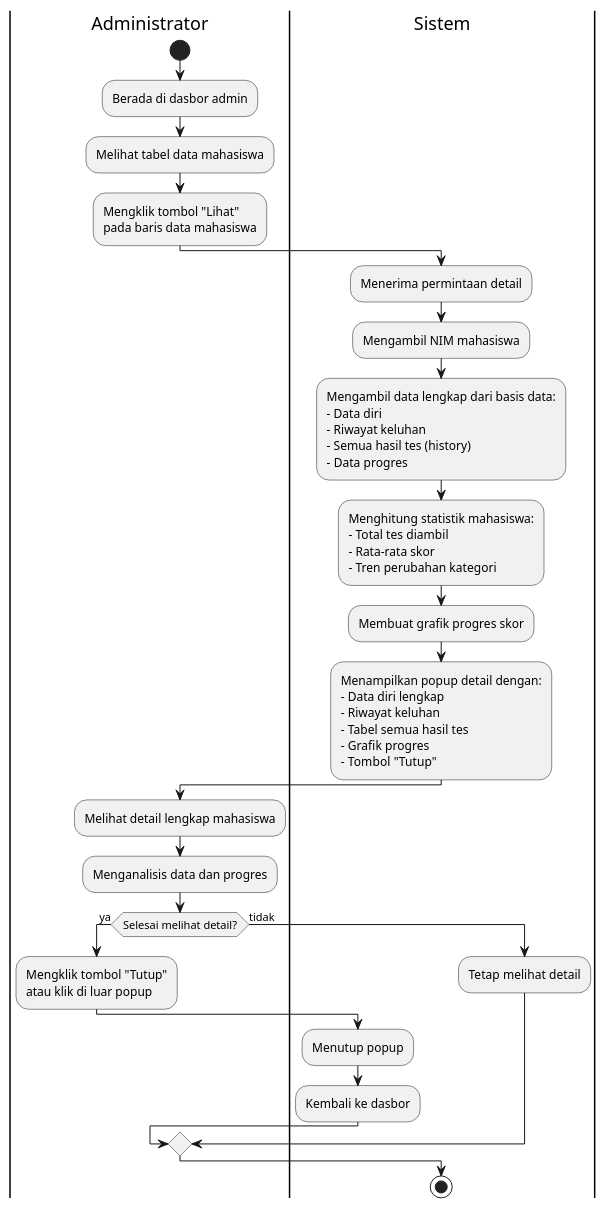
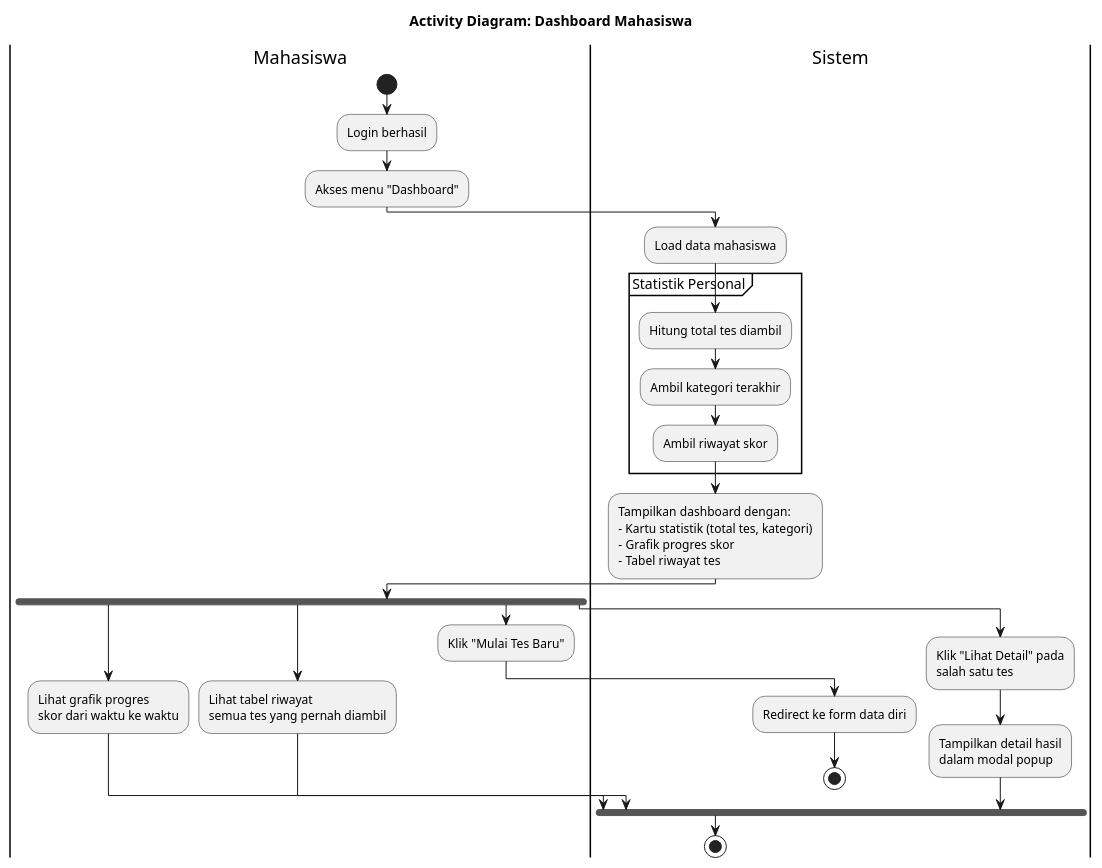
One commit to FathurrahmanAlHafid121140088/AsessmentOnlineITERA changed the sixth of 8 diagrams in documentation/01-backend/MENTAL_HEALTH_DIAGRAMS.md. Above: the diagram before and after it, drawn with PlantUML. The commit also changed other lines of this file and 32 other files, not shown here.

````diff
--- a/documentation/01-backend/MENTAL_HEALTH_DIAGRAMS.md
+++ b/documentation/01-backend/MENTAL_HEALTH_DIAGRAMS.md
@@ -947,54 +410,43 @@
 ```plantuml
 @startuml
-|Administrator|
+title Activity Diagram: Dashboard Mahasiswa
+
+|Mahasiswa|
 start
-:Berada di dasbor admin;
 
-:Melihat tabel data mahasiswa;
-
-:Mengklik tombol "Lihat"\npada baris data mahasiswa;
+:Login berhasil;
+:Akses menu "Dashboard";
 
 |Sistem|
-:Menerima permintaan detail;
+:Load data mahasiswa;
 
-:Mengambil NIM mahasiswa;
+partition "Statistik Personal" {
+  :Hitung total tes diambil;
+  :Ambil kategori terakhir;
+  :Ambil riwayat skor;
+}
 
-:Mengambil data lengkap dari basis data:
-- Data diri
-- Riwayat keluhan
-- Semua hasil tes (history)
-- Data progres;
+:Tampilkan dashboard dengan:
+- Kartu statistik (total tes, kategori)
+- Grafik progres skor
+- Tabel riwayat tes;
 
-:Menghitung statistik mahasiswa:
-- Total tes diambil
-- Rata-rata skor
-- Tren perubahan kategori;
-
-:Membuat grafik progres skor;
-
-:Menampilkan popup detail dengan:
-- Data diri lengkap
-- Riwayat keluhan
-- Tabel semua hasil tes
-- Grafik progres
-- Tombol "Tutup";
-
-|Administrator|
-:Melihat detail lengkap mahasiswa;
-
-:Menganalisis data dan progres;
-
-if (Selesai melihat detail?) then (ya)
-  :Mengklik tombol "Tutup"\natau klik di luar popup;
-
+|Mahasiswa|
+fork
+  :Lihat grafik progres\nskor dari waktu ke waktu;
+fork again
+  :Lihat tabel riwayat\nsemua tes yang pernah diambil;
+fork again
+  :Klik "Mulai Tes Baru";
   |Sistem|
-  :Menutup popup;
-
-  :Kembali ke dasbor;
-else (tidak)
-  :Tetap melihat detail;
-endif
+  :Redirect ke form data diri;
+  stop
+fork again
+  :Klik "Lihat Detail" pada\nsalah satu tes;
+  |Sistem|
+  :Tampilkan detail hasil\ndalam modal popup;
+end fork
 
 stop
 @enduml
 ```
````
